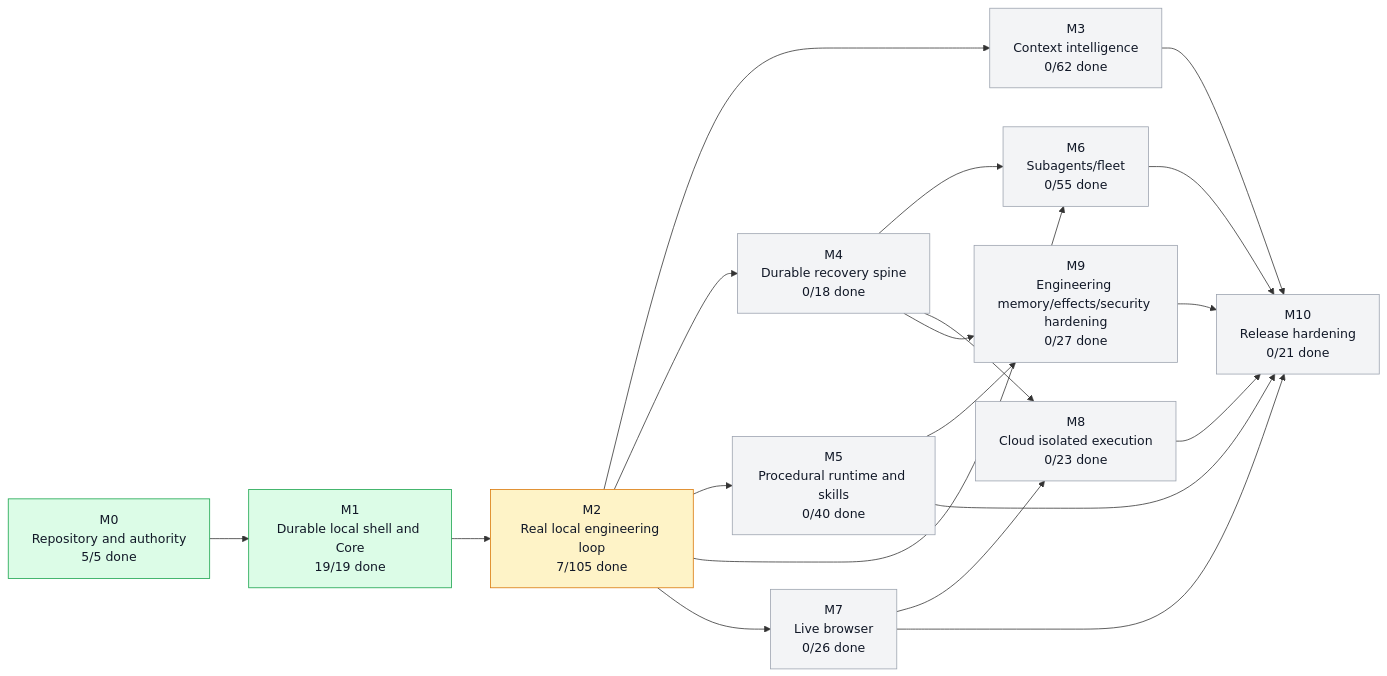
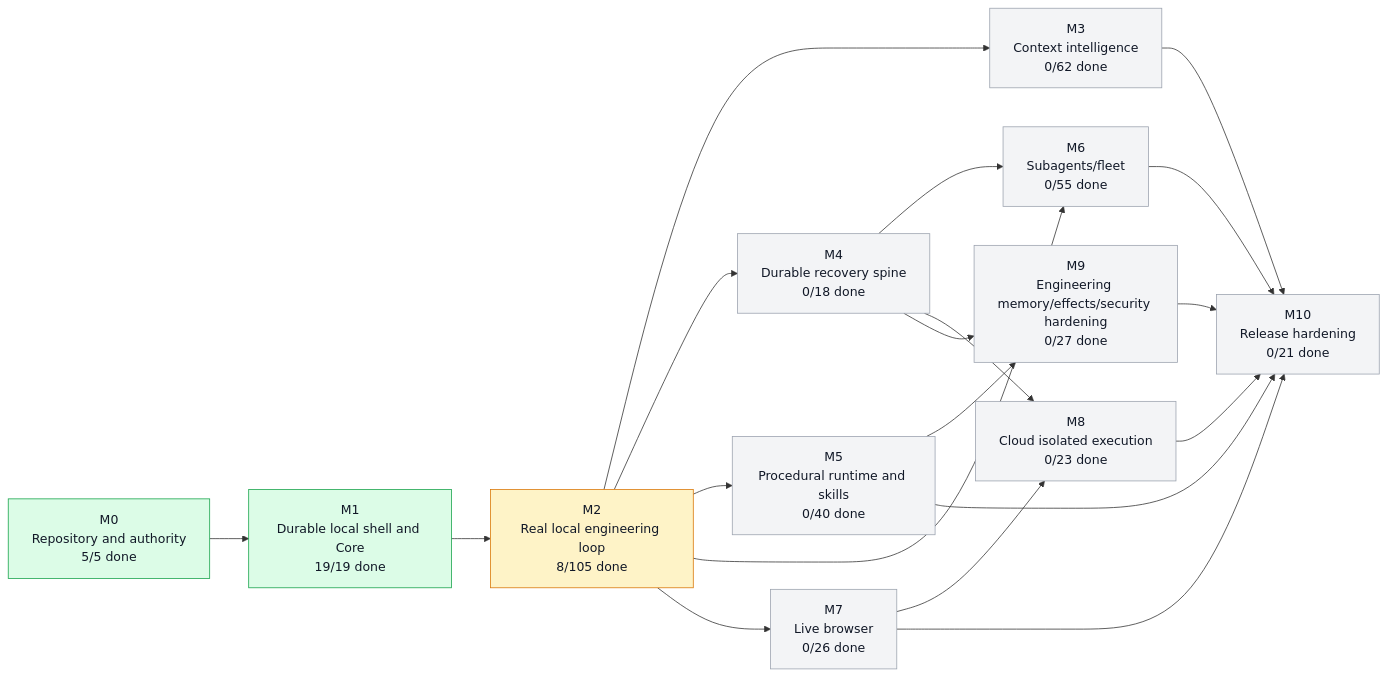
The first of 5 diagrams in graph/PROJECT_GRAPH.md (moss101/modbit), drawn with Mermaid before and after one commit. The commit also changed other lines of this file and 6 other files, not shown here.

````diff
--- a/graph/PROJECT_GRAPH.md
+++ b/graph/PROJECT_GRAPH.md
@@ -57,43 +57,43 @@
 ```mermaid
 flowchart LR
   M0["M0<br/>Repository and authority<br/>5/5 done"]
   M1["M1<br/>Durable local shell and Core<br/>19/19 done"]
-  M2["M2<br/>Real local engineering loop<br/>7/105 done"]
+  M2["M2<br/>Real local engineering loop<br/>8/105 done"]
   M3["M3<br/>Context intelligence<br/>0/62 done"]
   M4["M4<br/>Durable recovery spine<br/>0/18 done"]
   M5["M5<br/>Procedural runtime and skills<br/>0/40 done"]
   M6["M6<br/>Subagents/fleet<br/>0/55 done"]
   M7["M7<br/>Live browser<br/>0/26 done"]
   M8["M8<br/>Cloud isolated execution<br/>0/23 done"]
   M9["M9<br/>Engineering memory/effects/security hardening<br/>0/27 done"]
   M10["M10<br/>Release hardening<br/>0/21 done"]
   M0 --> M1
   M1 --> M2
   M2 --> M3
   M2 --> M4
   M2 --> M5
   M2 --> M6
   M4 --> M6
   M2 --> M7
   M4 --> M8
   M7 --> M8
   M4 --> M9
   M5 --> M9
   M3 --> M10
   M5 --> M10
   M6 --> M10
   M7 --> M10
   M8 --> M10
   M9 --> M10
   style M0 fill:#dcfce7,stroke:#16a34a,color:#111827
   style M1 fill:#dcfce7,stroke:#16a34a,color:#111827
   style M2 fill:#fef3c7,stroke:#d97706,color:#111827
   style M3 fill:#f3f4f6,stroke:#9ca3af,color:#111827
   style M4 fill:#f3f4f6,stroke:#9ca3af,color:#111827
   style M5 fill:#f3f4f6,stroke:#9ca3af,color:#111827
   style M6 fill:#f3f4f6,stroke:#9ca3af,color:#111827
   style M7 fill:#f3f4f6,stroke:#9ca3af,color:#111827
   style M8 fill:#f3f4f6,stroke:#9ca3af,color:#111827
   style M9 fill:#f3f4f6,stroke:#9ca3af,color:#111827
   style M10 fill:#f3f4f6,stroke:#9ca3af,color:#111827
 ```
````
